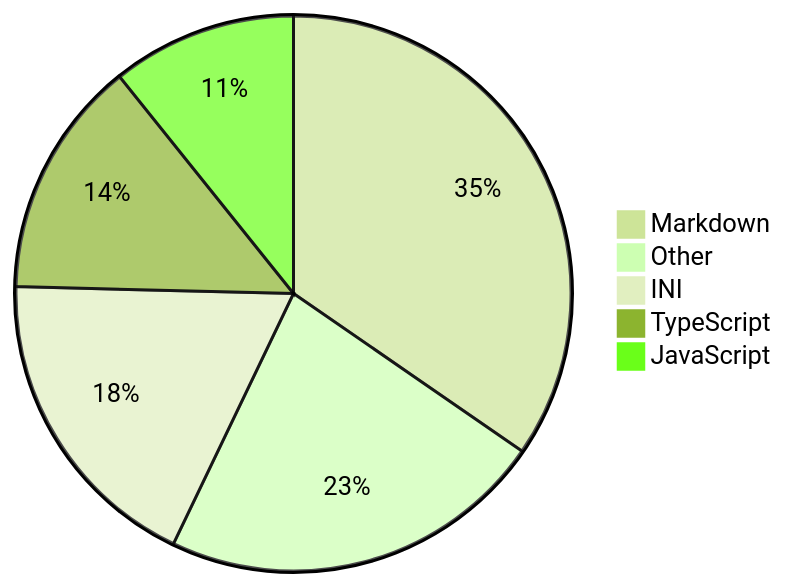
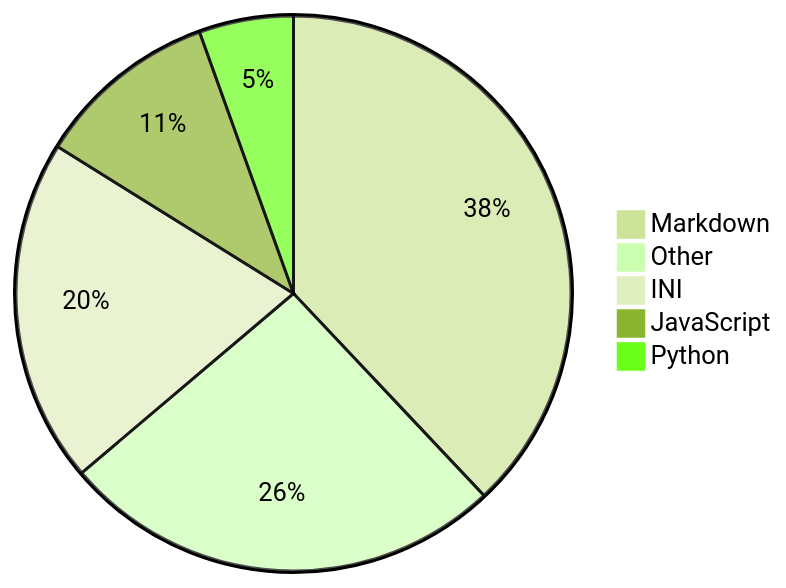
The diagram in README.md (Alicia111/alicia111), drawn with Mermaid (forest theme) before and after one commit.

Commit message:
Update WakaTime stats (・ω・)b

````diff
--- a/README.md
+++ b/README.md
@@ -32,8 +32,8 @@
 ```mermaid
 pie
-    "Markdown" : 30.47
-    "Other" : 19.81
-    "INI" : 16.09
-    "TypeScript" : 12.19
-    "JavaScript" : 9.47
+    "Markdown" : 32.99
+    "Other" : 22.46
+    "INI" : 17.42
+    "JavaScript" : 9.25
+    "Python" : 4.77
 ```
````
